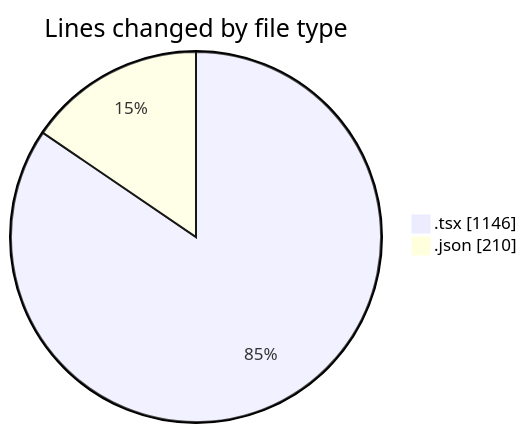
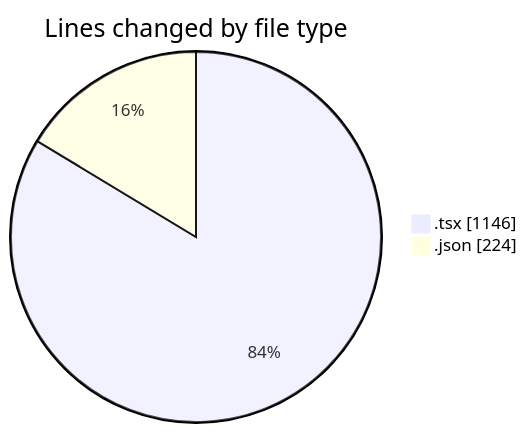
One commit to Elitesun/code-tracking changed the first of 2 diagrams in 2025-05-08/niten/README.md. Above: the diagram before and after it, drawn with Mermaid. The commit also changed other lines of this file and 1 other file, not shown here.

````diff
--- a/2025-05-08/niten/README.md
+++ b/2025-05-08/niten/README.md
@@ -26,6 +26,6 @@
 ```mermaid
 pie showData
 title Lines changed by file type
 ".tsx" : 1146
-".json" : 210
+".json" : 224
 ```
````
